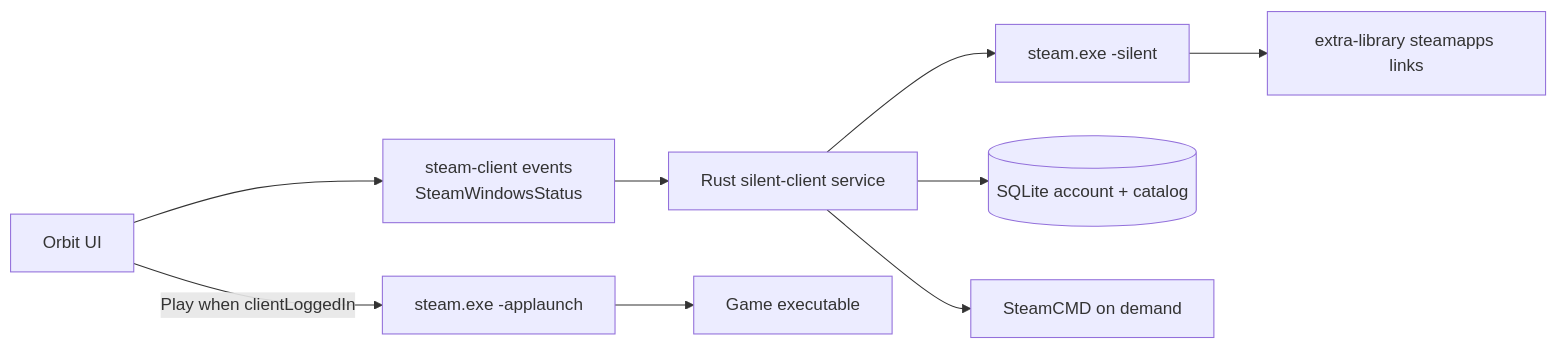
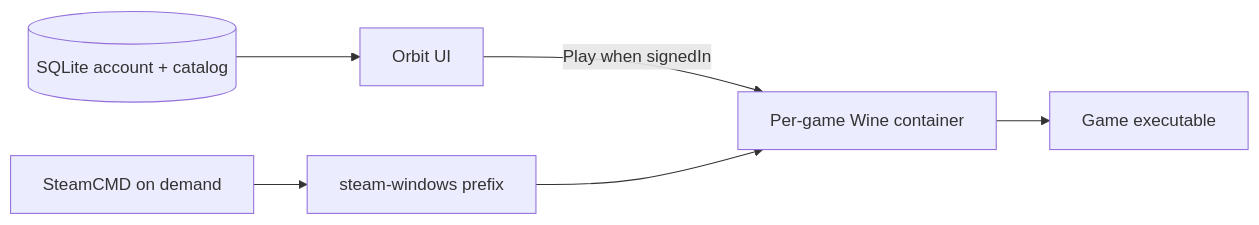
The first of 2 diagrams in docs/STEAM_WINDOWS.md (LFSCamargo/orbit), drawn with Mermaid before and after one commit. The commit also changed other lines of this file and 150 other files, not shown here.

First line of the commit message:
feat(containers): CrossOver-class Orbit Wine with D3DMetal and Steam sign-in seeding

````diff
--- a/docs/STEAM_WINDOWS.md
+++ b/docs/STEAM_WINDOWS.md
@@ -17,20 +21,14 @@
 ```mermaid
 flowchart LR
   ui[Orbit UI]
-  events["steam-client events\nSteamWindowsStatus"]
-  silent[Rust silent-client service]
-  steam["steam.exe -silent"]
-  links[extra-library steamapps links]
-  launch["steam.exe -applaunch"]
+  sqlite[(SQLite account + catalog)]
+  seed["steam-windows prefix"]
+  container[Per-game Wine container]
   game[Game executable]
-  sqlite[(SQLite account + catalog)]
   cmd[SteamCMD on demand]
-  ui --> events
-  events --> silent
-  silent --> steam
-  silent --> sqlite
-  silent --> cmd
-  steam --> links
-  ui -->|"Play when clientLoggedIn"| launch
-  launch --> game
+  ui -->|"Play when signedIn"| container
+  sqlite --> ui
+  seed --> container
+  container --> game
+  cmd --> seed
 ```
````
